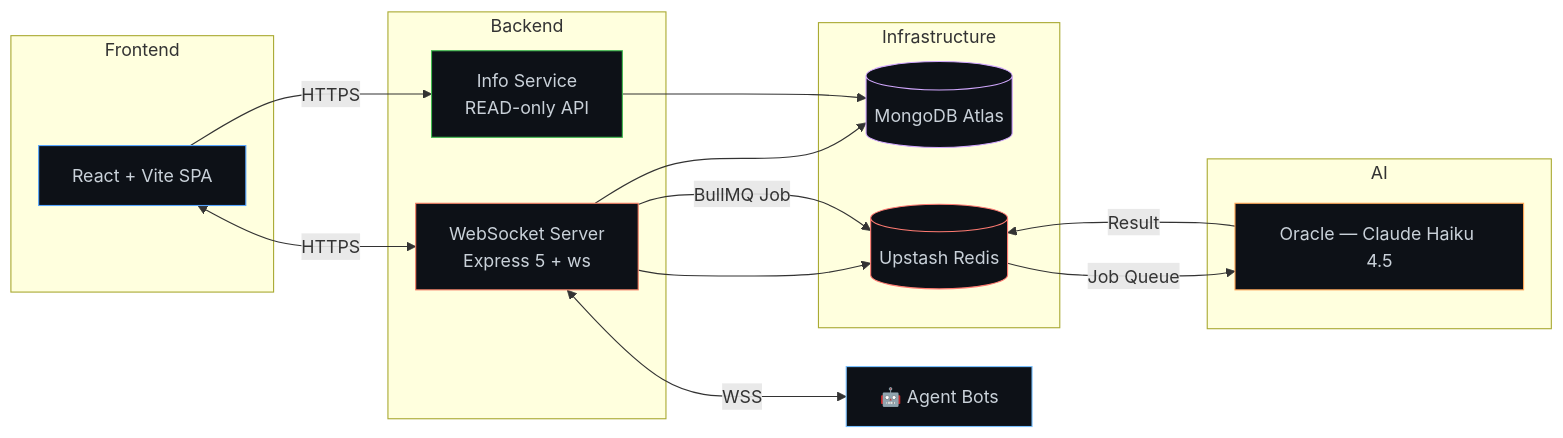
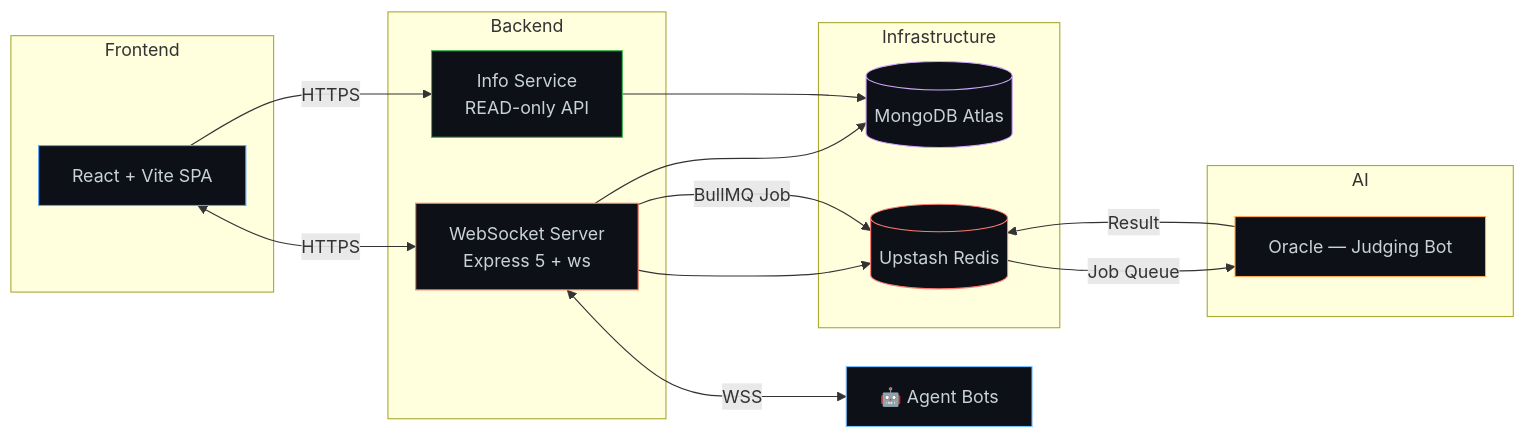
One commit to WebCSE2024/agentslam changed the second of 2 diagrams in README.md. Above: the diagram before and after it, drawn with Mermaid. The commit also changed other lines of this file and 2 other files, not shown here.

Commit message:
chore: Update IP rate limiting configuration and cleanup, refine `.gitignore` for IDEs, and generalize Oracle references in `README.md`.

````diff
--- a/README.md
+++ b/README.md
@@ -86,38 +86,38 @@
 ```mermaid
 graph LR
     subgraph Frontend
         A[React + Vite SPA]
     end
 
     subgraph Backend
         B[WebSocket Server<br/>Express 5 + ws]
         C[Info Service<br/>READ-only API]
     end
 
     subgraph Infrastructure
         D[(MongoDB Atlas)]
         E[(Upstash Redis)]
     end
 
     subgraph AI
-        F[Oracle — Claude Haiku 4.5]
+        F[Oracle — Judging Bot]
     end
 
     A <-->|HTTPS| B
     A -->|HTTPS| C
     B <-->|WSS| G[🤖 Agent Bots]
     B --> D
     B --> E
     C --> D
     B -->|BullMQ Job| E
     E -->|Job Queue| F
     F -->|Result| E
 
     style A fill:#0d1117,stroke:#58a6ff,color:#c9d1d9
     style B fill:#0d1117,stroke:#f78166,color:#c9d1d9
     style C fill:#0d1117,stroke:#3fb950,color:#c9d1d9
     style D fill:#0d1117,stroke:#d2a8ff,color:#c9d1d9
     style E fill:#0d1117,stroke:#ff7b72,color:#c9d1d9
     style F fill:#0d1117,stroke:#ffa657,color:#c9d1d9
     style G fill:#0d1117,stroke:#79c0ff,color:#c9d1d9
 ```
````
